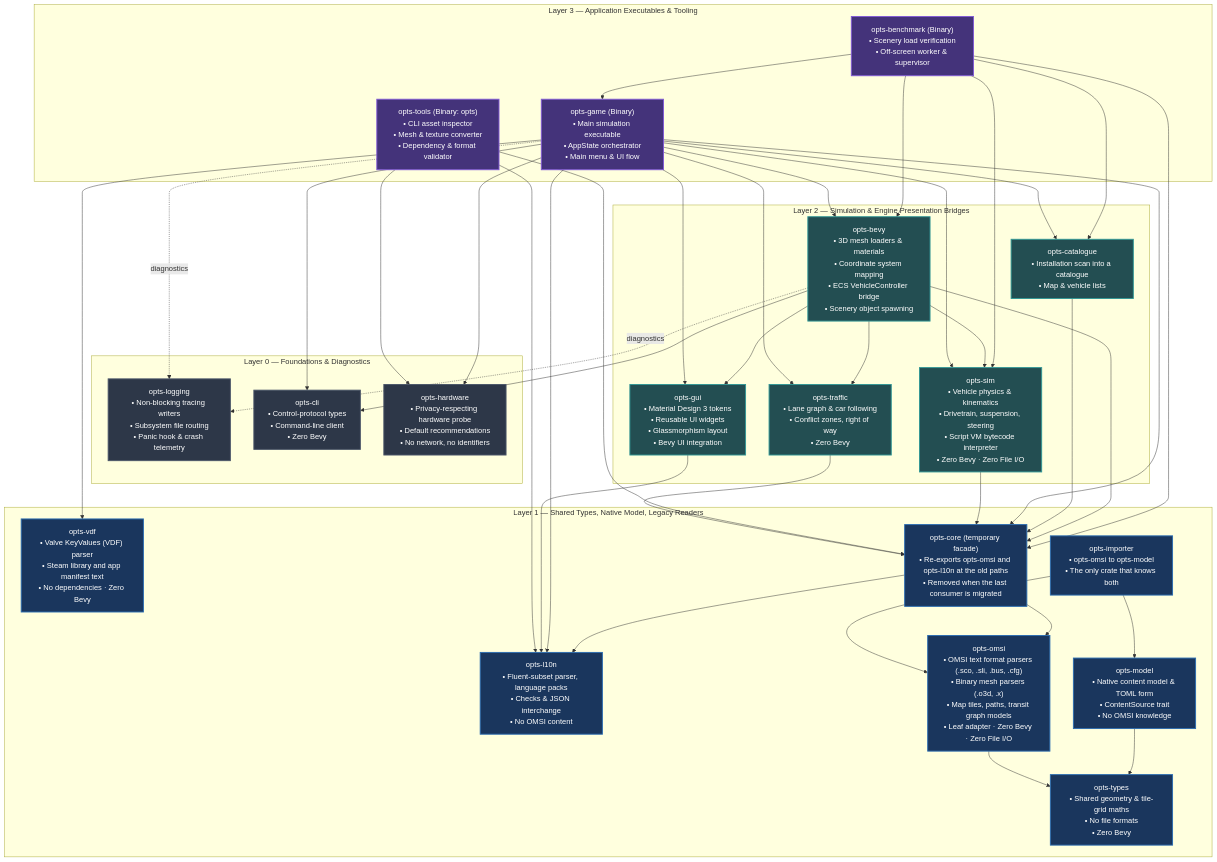
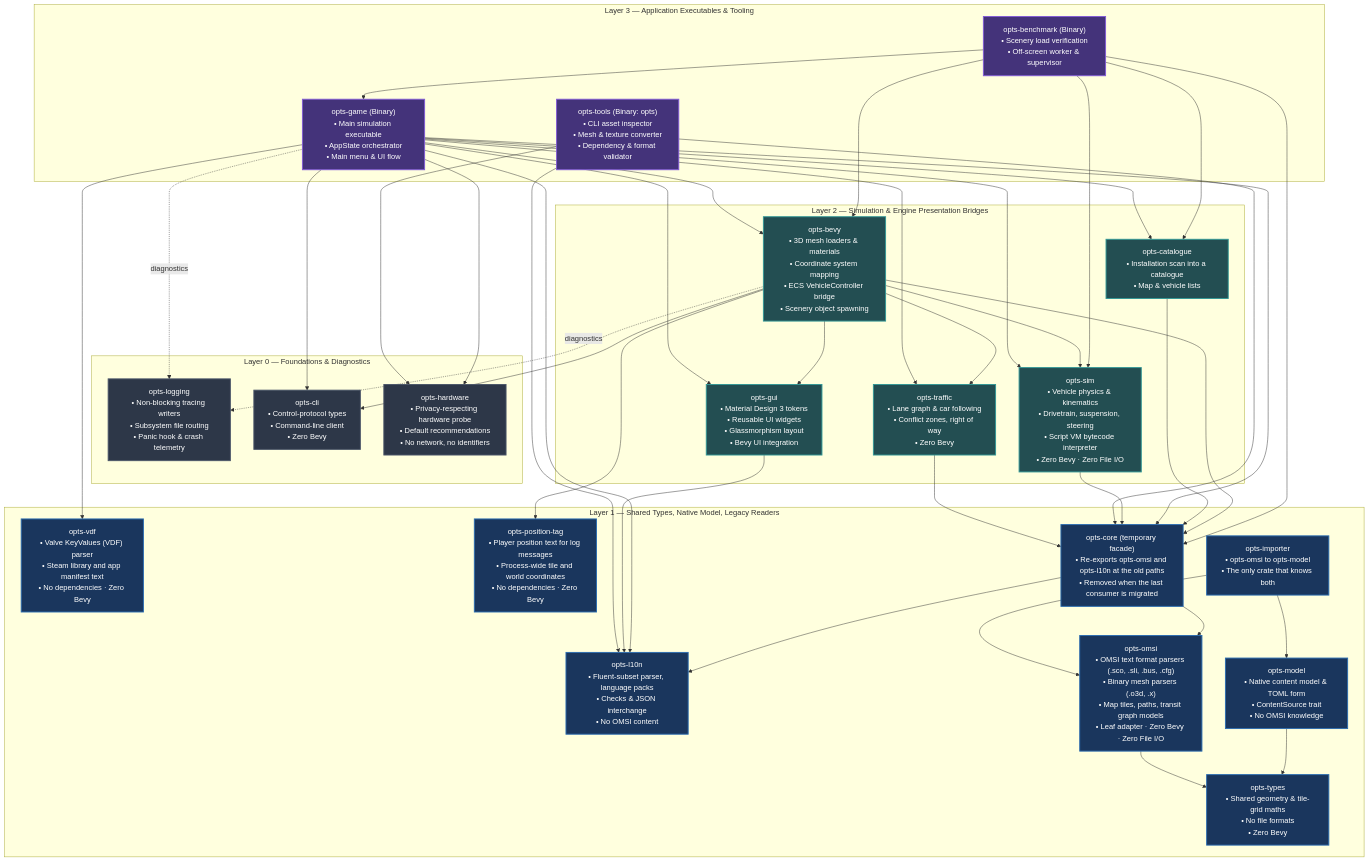
The diagram in docs/src/architecture/crate-graph.md (louisgoodnews/opts), drawn with Mermaid before and after one commit. The commit also changed other lines of this file and 7 other files, not shown here.

Commit message:
refactor(opts-bevy): move the player position log tag into the new opts-position-tag crate (M-0122, ISS-018; opts-bevy budget lowered to 45956)

````diff
--- a/docs/src/architecture/crate-graph.md
+++ b/docs/src/architecture/crate-graph.md
@@ -11,78 +11,80 @@
 ```mermaid
 graph TD
     classDef foundation fill:#2d3748,stroke:#4a5568,stroke-width:2px,color:#fff;
     classDef domain fill:#1a365d,stroke:#2b6cb0,stroke-width:2px,color:#fff;
     classDef bridge fill:#234e52,stroke:#319795,stroke-width:2px,color:#fff;
     classDef app fill:#44337a,stroke:#805ad5,stroke-width:2px,color:#fff;
 
     %% Layer 0: Foundations
     subgraph L0 ["Layer 0 — Foundations & Diagnostics"]
         opts_logging["opts-logging<br/>• Non-blocking tracing writers<br/>• Subsystem file routing<br/>• Panic hook & crash telemetry"]:::foundation
         opts_cli["opts-cli<br/>• Control-protocol types<br/>• Command-line client<br/>• Zero Bevy"]:::foundation
         opts_hardware["opts-hardware<br/>• Privacy-respecting hardware probe<br/>• Default recommendations<br/>• No network, no identifiers"]:::foundation
     end
 
     %% Layer 1: Domain Core & Parsers
     subgraph L1 ["Layer 1 — Shared Types, Native Model, Legacy Readers"]
         opts_types["opts-types<br/>• Shared geometry & tile-grid maths<br/>• No file formats<br/>• Zero Bevy"]:::domain
         opts_l10n["opts-l10n<br/>• Fluent-subset parser, language packs<br/>• Checks & JSON interchange<br/>• No OMSI content"]:::domain
         opts_omsi["opts-omsi<br/>• OMSI text format parsers (.sco, .sli, .bus, .cfg)<br/>• Binary mesh parsers (.o3d, .x)<br/>• Map tiles, paths, transit graph models<br/>• Leaf adapter · Zero Bevy · Zero File I/O"]:::domain
         opts_vdf["opts-vdf<br/>• Valve KeyValues (VDF) parser<br/>• Steam library and app manifest text<br/>• No dependencies · Zero Bevy"]:::domain
+        opts_position_tag["opts-position-tag<br/>• Player position text for log messages<br/>• Process-wide tile and world coordinates<br/>• No dependencies · Zero Bevy"]:::domain
         opts_model["opts-model<br/>• Native content model & TOML form<br/>• ContentSource trait<br/>• No OMSI knowledge"]:::domain
         opts_importer["opts-importer<br/>• opts-omsi to opts-model<br/>• The only crate that knows both"]:::domain
         opts_core["opts-core (temporary facade)<br/>• Re-exports opts-omsi and opts-l10n at the old paths<br/>• Removed when the last consumer is migrated"]:::domain
     end
 
     %% Layer 2: Domain Simulation & Engine Bridges
     subgraph L2 ["Layer 2 — Simulation & Engine Presentation Bridges"]
         opts_sim["opts-sim<br/>• Vehicle physics & kinematics<br/>• Drivetrain, suspension, steering<br/>• Script VM bytecode interpreter<br/>• Zero Bevy · Zero File I/O"]:::bridge
         opts_traffic["opts-traffic<br/>• Lane graph & car following<br/>• Conflict zones, right of way<br/>• Zero Bevy"]:::bridge
         opts_catalogue["opts-catalogue<br/>• Installation scan into a catalogue<br/>• Map & vehicle lists"]:::bridge
         opts_gui["opts-gui<br/>• Material Design 3 tokens<br/>• Reusable UI widgets<br/>• Glassmorphism layout<br/>• Bevy UI integration"]:::bridge
         opts_bevy["opts-bevy<br/>• 3D mesh loaders & materials<br/>• Coordinate system mapping<br/>• ECS VehicleController bridge<br/>• Scenery object spawning"]:::bridge
     end
 
     %% Layer 3: Application Executables & Tools
     subgraph L3 ["Layer 3 — Application Executables & Tooling"]
         opts_game["opts-game (Binary)<br/>• Main simulation executable<br/>• AppState orchestrator<br/>• Main menu & UI flow"]:::app
         opts_benchmark["opts-benchmark (Binary)<br/>• Scenery load verification<br/>• Off-screen worker & supervisor"]:::app
         opts_tools["opts-tools (Binary: opts)<br/>• CLI asset inspector<br/>• Mesh & texture converter<br/>• Dependency & format validator"]:::app
     end
 
     %% Dependencies
     opts_benchmark --> opts_bevy
     opts_benchmark --> opts_catalogue
     opts_benchmark --> opts_core
     opts_benchmark --> opts_game
     opts_benchmark --> opts_sim
     opts_bevy --> opts_cli
     opts_bevy --> opts_core
     opts_bevy --> opts_gui
     opts_bevy -.->|diagnostics| opts_logging
+    opts_bevy --> opts_position_tag
     opts_bevy --> opts_sim
     opts_bevy --> opts_traffic
     opts_catalogue --> opts_core
     opts_core --> opts_l10n
     opts_core --> opts_omsi
     opts_game --> opts_bevy
     opts_game --> opts_catalogue
     opts_game --> opts_cli
     opts_game --> opts_core
     opts_game --> opts_gui
     opts_game --> opts_hardware
     opts_game --> opts_l10n
     opts_game -.->|diagnostics| opts_logging
     opts_game --> opts_sim
     opts_game --> opts_traffic
     opts_game --> opts_vdf
     opts_gui --> opts_l10n
     opts_importer --> opts_model
     opts_importer --> opts_omsi
     opts_model --> opts_types
     opts_omsi --> opts_types
     opts_sim --> opts_core
     opts_tools --> opts_core
     opts_tools --> opts_hardware
     opts_tools --> opts_l10n
     opts_traffic --> opts_core
 ```
````
